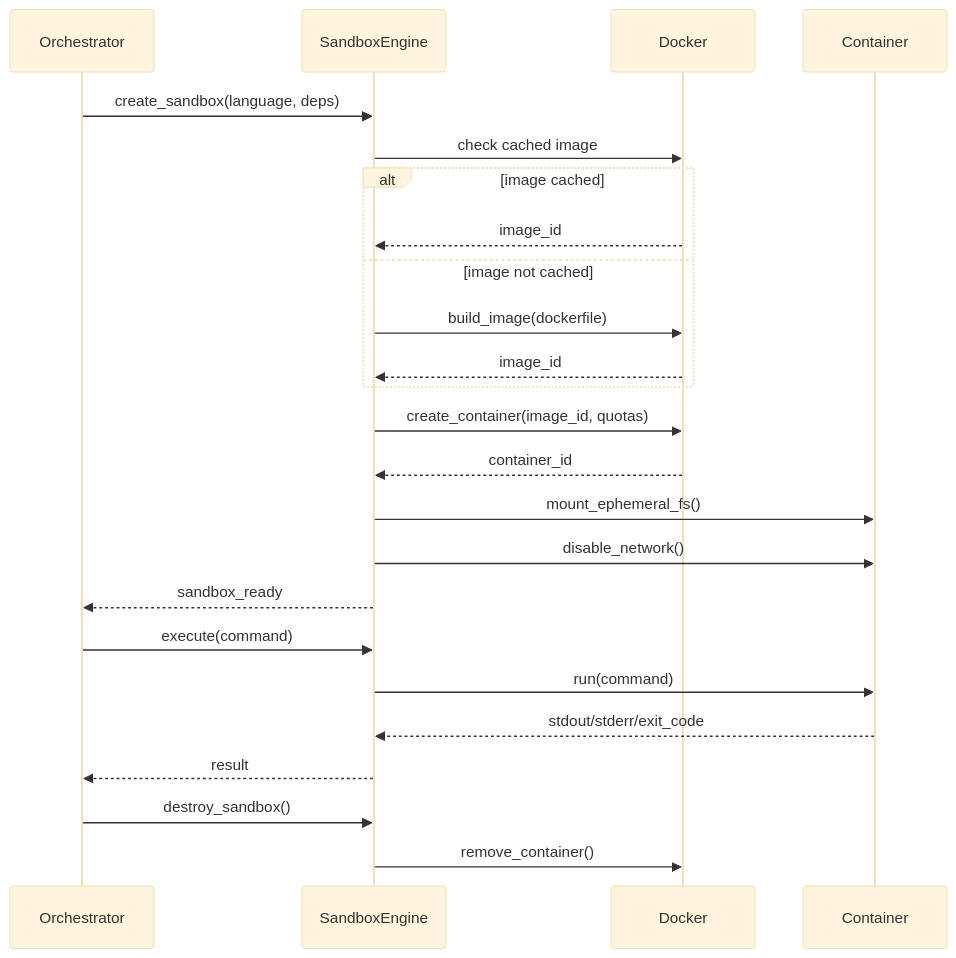
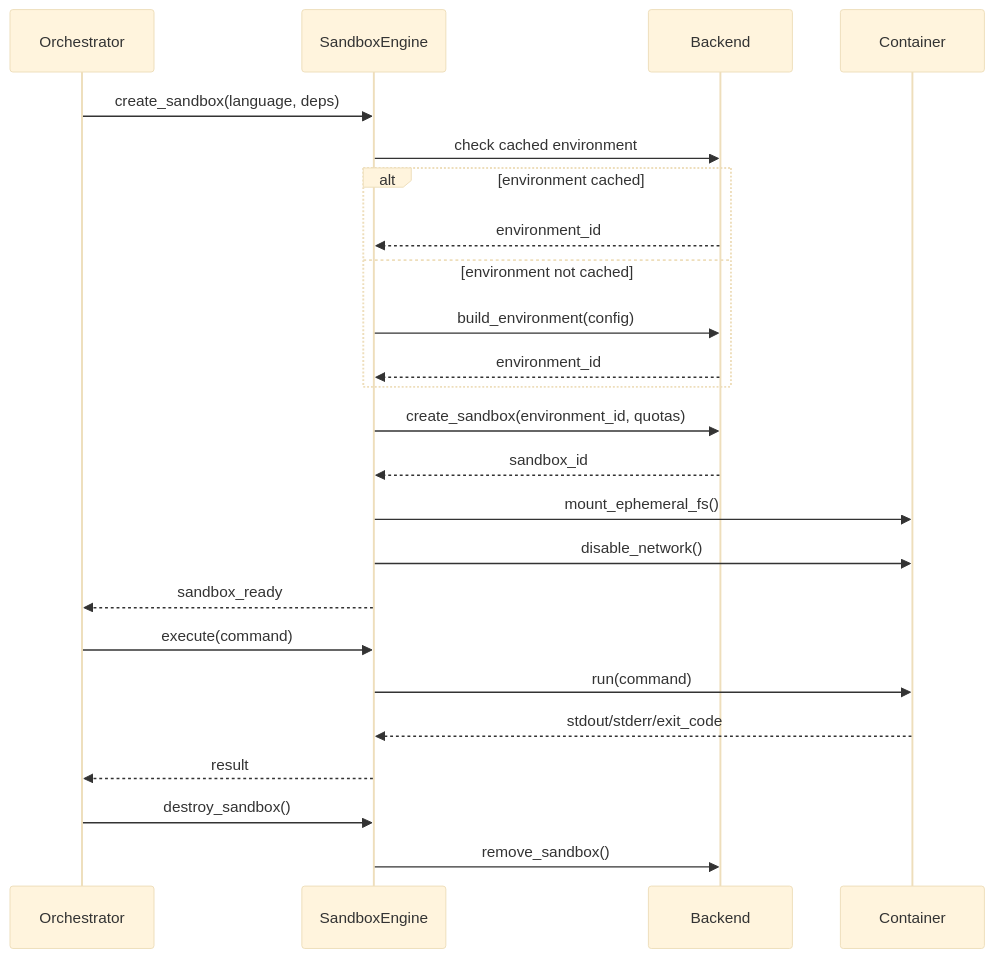
One commit to arubara2021/CodeGuardian changed diagram 16 of 25 in docs/04-architecture.md. Above: the diagram before and after it, drawn with Mermaid (base theme). The commit also changed other lines of this file and 5 other files, not shown here.

````diff
--- a/docs/04-architecture.md
+++ b/docs/04-architecture.md
@@ -665,27 +933,27 @@
 ```mermaid
 sequenceDiagram
     participant Orchestrator
     participant SandboxEngine
-    participant Docker
+    participant Backend
     participant Container
 
     Orchestrator->>SandboxEngine: create_sandbox(language, deps)
-    SandboxEngine->>Docker: check cached image
-    alt image cached
-        Docker-->>SandboxEngine: image_id
-    else image not cached
-        SandboxEngine->>Docker: build_image(dockerfile)
-        Docker-->>SandboxEngine: image_id
+    SandboxEngine->>Backend: check cached environment
+    alt environment cached
+        Backend-->>SandboxEngine: environment_id
+    else environment not cached
+        SandboxEngine->>Backend: build_environment(config)
+        Backend-->>SandboxEngine: environment_id
     end
-    SandboxEngine->>Docker: create_container(image_id, quotas)
-    Docker-->>SandboxEngine: container_id
+    SandboxEngine->>Backend: create_sandbox(environment_id, quotas)
+    Backend-->>SandboxEngine: sandbox_id
     SandboxEngine->>Container: mount_ephemeral_fs()
     SandboxEngine->>Container: disable_network()
     SandboxEngine-->>Orchestrator: sandbox_ready
     Orchestrator->>SandboxEngine: execute(command)
     SandboxEngine->>Container: run(command)
     Container-->>SandboxEngine: stdout/stderr/exit_code
     SandboxEngine-->>Orchestrator: result
     Orchestrator->>SandboxEngine: destroy_sandbox()
-    SandboxEngine->>Docker: remove_container()
+    SandboxEngine->>Backend: remove_sandbox()
 ```
````
